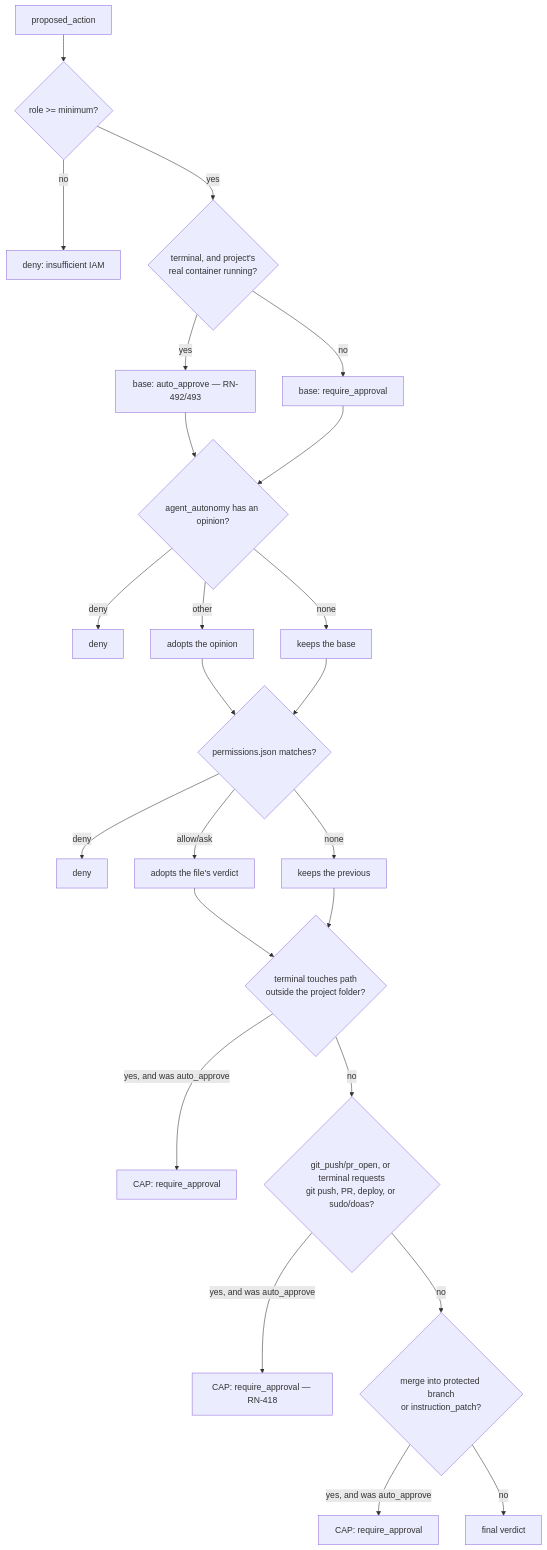
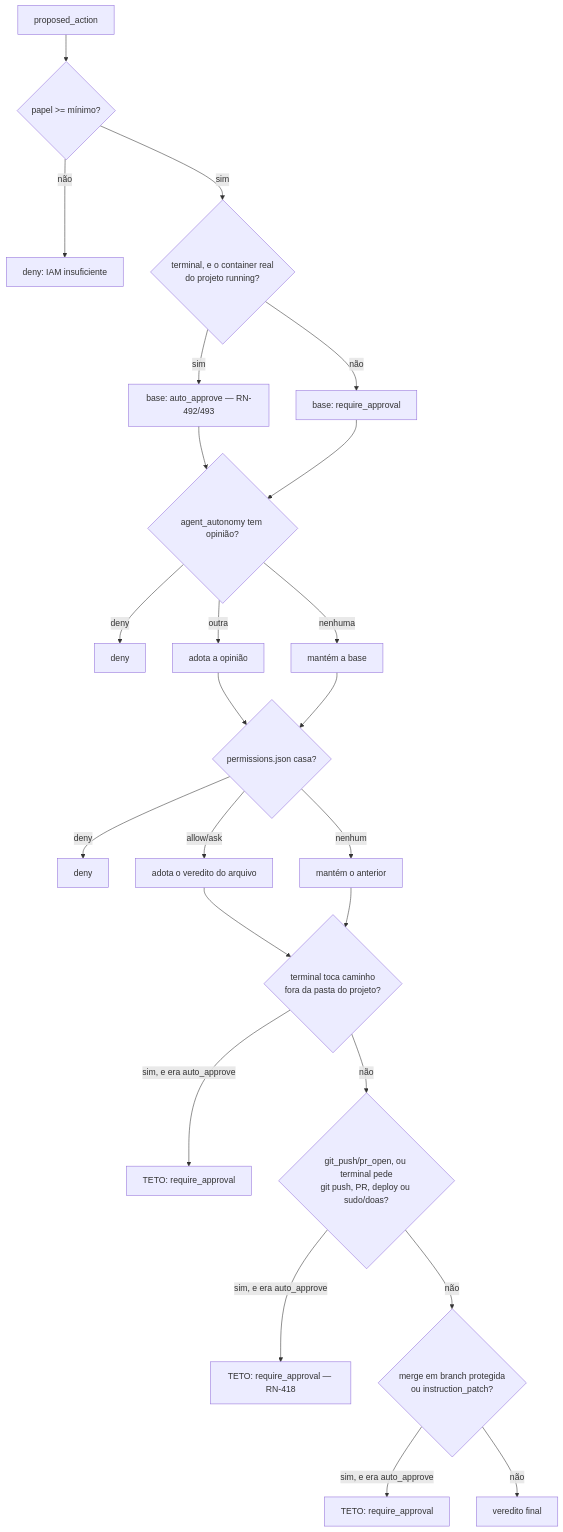
The diagram in docs/reference/permissions.md (daneiel/brabo), drawn with Mermaid before and after one commit. The commit also changed other lines of this file, not shown here.

Commit message:
docs(reference): permissions.md passa a fonte em pt-BR (AT-564)

````diff
--- a/docs/reference/permissions.md
+++ b/docs/reference/permissions.md
@@ -289,26 +284,26 @@
 ```mermaid
 flowchart TD
-  A[proposed_action] --> B{role >= minimum?}
-  B -->|no| D1[deny: insufficient IAM]
-  B -->|yes| C0{terminal, and project's<br/>real container running?}
-  C0 -->|yes| C1[base: auto_approve — RN-492/493]
-  C0 -->|no| C[base: require_approval]
-  C1 --> D{agent_autonomy has an opinion?}
+  A[proposed_action] --> B{papel >= mínimo?}
+  B -->|não| D1[deny: IAM insuficiente]
+  B -->|sim| C0{terminal, e o container real<br/>do projeto running?}
+  C0 -->|sim| C1[base: auto_approve — RN-492/493]
+  C0 -->|não| C[base: require_approval]
+  C1 --> D{agent_autonomy tem opinião?}
   C --> D
   D -->|deny| D2[deny]
-  D -->|other| E[adopts the opinion]
-  D -->|none| E2[keeps the base]
-  E --> F{permissions.json matches?}
+  D -->|outra| E[adota a opinião]
+  D -->|nenhuma| E2[mantém a base]
+  E --> F{permissions.json casa?}
   E2 --> F
   F -->|deny| D3[deny]
-  F -->|allow/ask| G[adopts the file's verdict]
-  F -->|none| G2[keeps the previous]
-  G --> S{terminal touches path<br/>outside the project folder?}
+  F -->|allow/ask| G[adota o veredito do arquivo]
+  F -->|nenhum| G2[mantém o anterior]
+  G --> S{terminal toca caminho<br/>fora da pasta do projeto?}
   G2 --> S
-  S -->|yes, and was auto_approve| I2[CAP: require_approval]
-  S -->|no| Z{git_push/pr_open, or terminal requests<br/>git push, PR, deploy, or sudo/doas?}
-  Z -->|yes, and was auto_approve| I3[CAP: require_approval — RN-418]
-  Z -->|no| H{merge into protected branch<br/>or instruction_patch?}
-  H -->|yes, and was auto_approve| I[CAP: require_approval]
-  H -->|no| J[final verdict]
+  S -->|sim, e era auto_approve| I2[TETO: require_approval]
+  S -->|não| Z{git_push/pr_open, ou terminal pede<br/>git push, PR, deploy ou sudo/doas?}
+  Z -->|sim, e era auto_approve| I3[TETO: require_approval — RN-418]
+  Z -->|não| H{merge em branch protegida<br/>ou instruction_patch?}
+  H -->|sim, e era auto_approve| I[TETO: require_approval]
+  H -->|não| J[veredito final]
 ```
````
